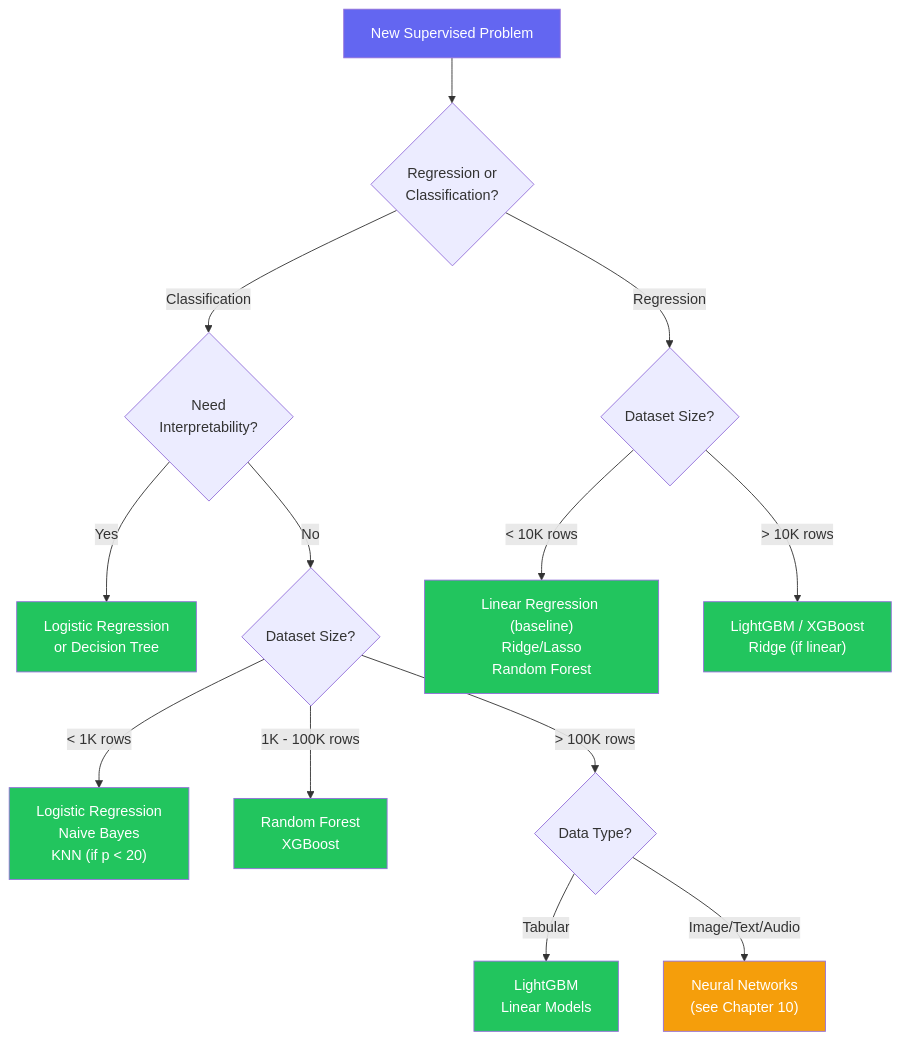
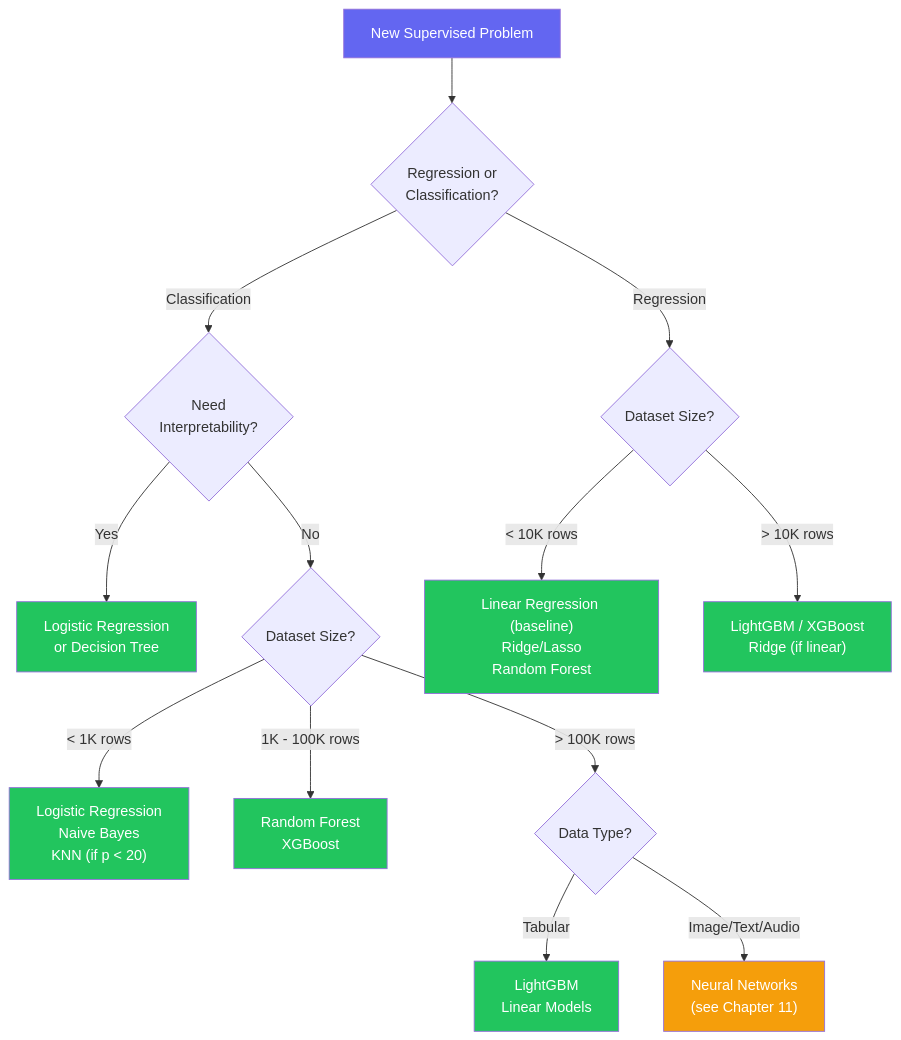
One commit to Hmago/ml4 changed the third of 4 diagrams in content/12_key_algorithms.md. Above: the diagram before and after it, drawn with Mermaid. The commit also changed other lines of this file and 43 other files, not shown here.

````diff
--- a/content/12_key_algorithms.md
+++ b/content/12_key_algorithms.md
@@ -1337,28 +1337,28 @@
 ```mermaid
 graph TD
     START["New Supervised Problem"] --> TYPE{"Regression or<br/>Classification?"}
     TYPE -->|Regression| REG_SIZE{"Dataset Size?"}
     TYPE -->|Classification| CLS_INTERP{"Need<br/>Interpretability?"}
 
     CLS_INTERP -->|Yes| CLS_INTERP_ALG["Logistic Regression<br/>or Decision Tree"]
     CLS_INTERP -->|No| CLS_SIZE{"Dataset Size?"}
 
     CLS_SIZE -->|"< 1K rows"| SMALL_CLS["Logistic Regression<br/>Naive Bayes<br/>KNN (if p < 20)"]
     CLS_SIZE -->|"1K - 100K rows"| MED_CLS["Random Forest<br/>XGBoost"]
     CLS_SIZE -->|"> 100K rows"| LARGE_CLS{"Data Type?"}
 
     LARGE_CLS -->|Tabular| LARGE_TAB["LightGBM<br/>Linear Models"]
-    LARGE_CLS -->|"Image/Text/Audio"| LARGE_UNSTRUCT["Neural Networks<br/>(see Chapter 10)"]
+    LARGE_CLS -->|"Image/Text/Audio"| LARGE_UNSTRUCT["Neural Networks<br/>(see Chapter 11)"]
 
     REG_SIZE -->|"< 10K rows"| SMALL_REG["Linear Regression (baseline)<br/>Ridge/Lasso<br/>Random Forest"]
     REG_SIZE -->|"> 10K rows"| LARGE_REG["LightGBM / XGBoost<br/>Ridge (if linear)"]
 
     style START fill:#6366f1,color:#fff
     style CLS_INTERP_ALG fill:#22c55e,color:#fff
     style SMALL_CLS fill:#22c55e,color:#fff
     style MED_CLS fill:#22c55e,color:#fff
     style LARGE_TAB fill:#22c55e,color:#fff
     style LARGE_UNSTRUCT fill:#f59e0b,color:#fff
     style SMALL_REG fill:#22c55e,color:#fff
     style LARGE_REG fill:#22c55e,color:#fff
 ```
````
